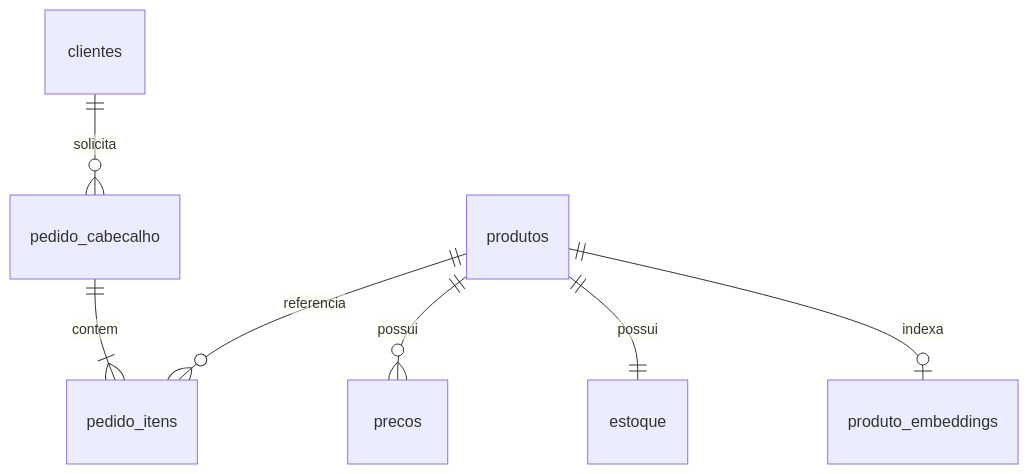
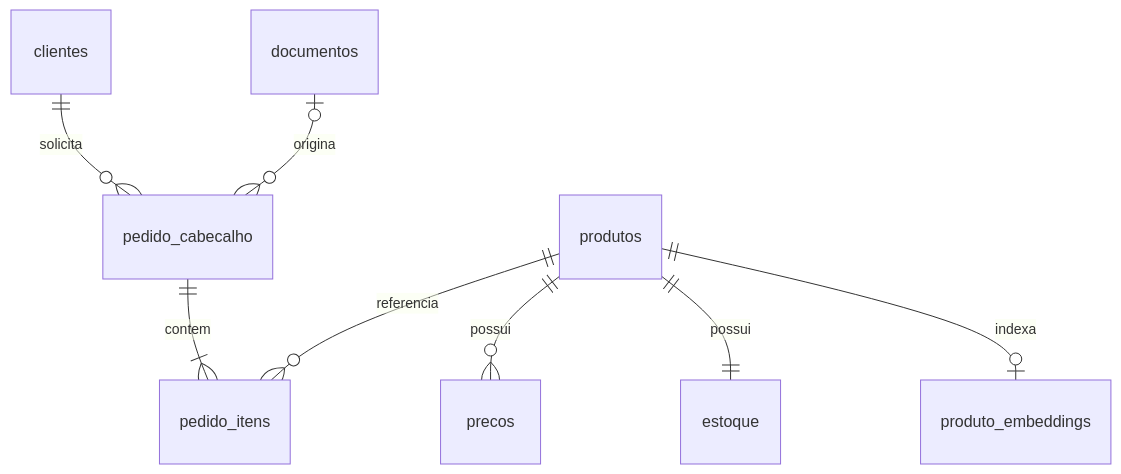
One commit to Vinizada/pedidos-mcp-backend changed the diagram in docs/modelo-dados.md. Above: the diagram before and after it, drawn with Mermaid. The commit also changed other lines of this file and 4 other files, not shown here.

````diff
--- a/docs/modelo-dados.md
+++ b/docs/modelo-dados.md
@@ -7,9 +7,10 @@
 ```mermaid
 erDiagram
     produtos ||--o{ precos : possui
     produtos ||--|| estoque : possui
     produtos ||--o| produto_embeddings : indexa
     clientes ||--o{ pedido_cabecalho : solicita
     pedido_cabecalho ||--|{ pedido_itens : contem
     produtos ||--o{ pedido_itens : referencia
+    documentos o|--o{ pedido_cabecalho : origina
 ```
````
